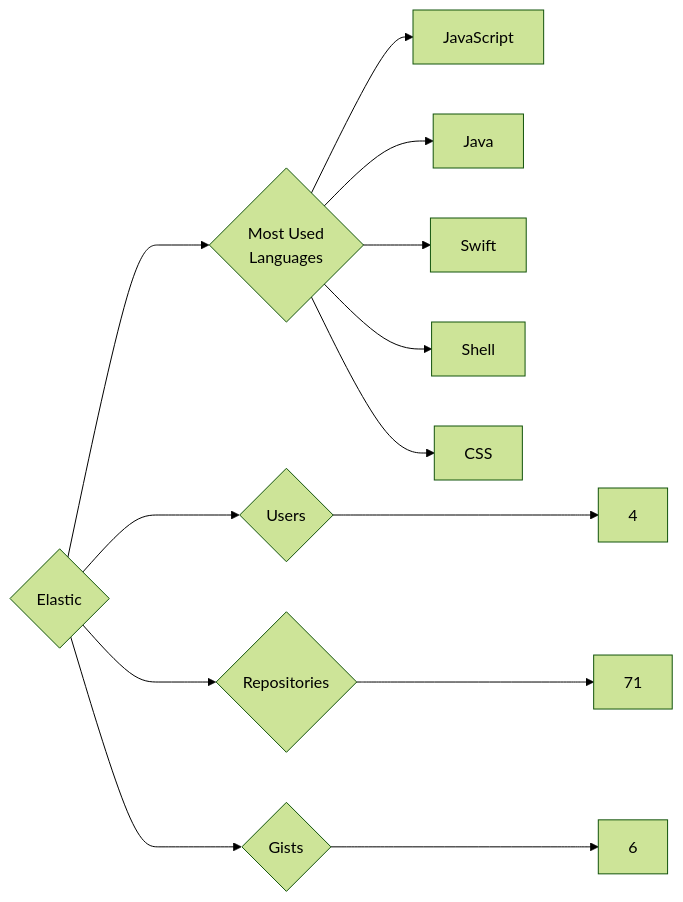
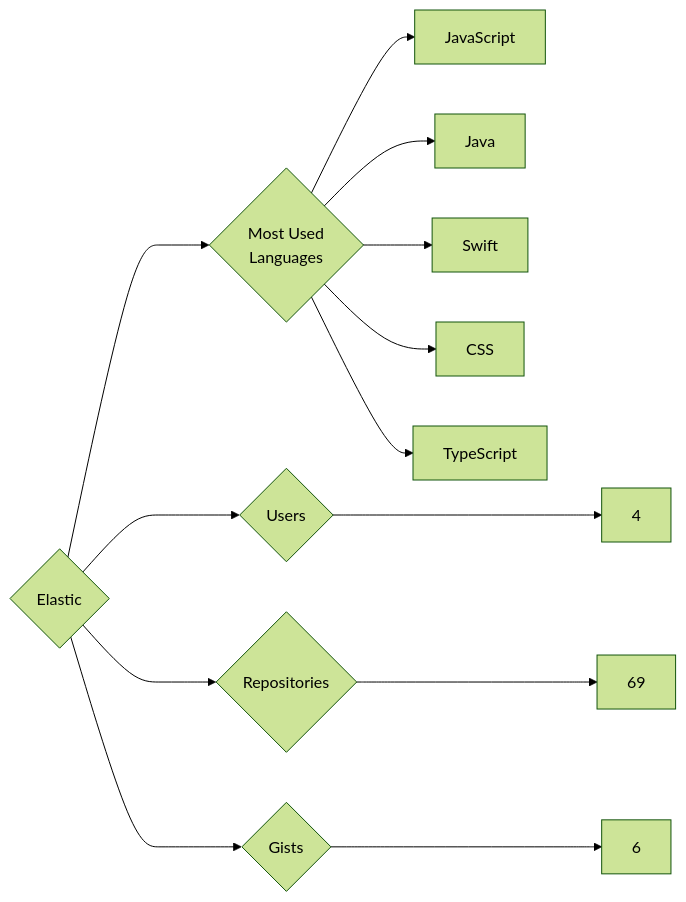
One commit to trickest/insiders changed the diagram in targets/Elastic/README.md. Above: the diagram before and after it, drawn with Mermaid (forest theme). The commit also changed 938 other files, not shown here.

````diff
--- a/targets/Elastic/README.md
+++ b/targets/Elastic/README.md
@@ -3,13 +3,13 @@
 ```mermaid
 graph LR
 COMPANY_NAME{Elastic}
 COMPANY_NAME ---> U{Users} ---> UN[4]
-COMPANY_NAME ---> R{Repositories} ---> RN[71]
+COMPANY_NAME ---> R{Repositories} ---> RN[69]
 COMPANY_NAME ---> G{Gists} ---> GN[6]
 COMPANY_NAME ---> ML{Most Used<br>Languages}
 ML --> JavaScript[JavaScript]
 ML --> Java[Java]
 ML --> Swift[Swift]
-ML --> Shell[Shell]
 ML --> CSS[CSS]
+ML --> TypeScript[TypeScript]
 ```
````
